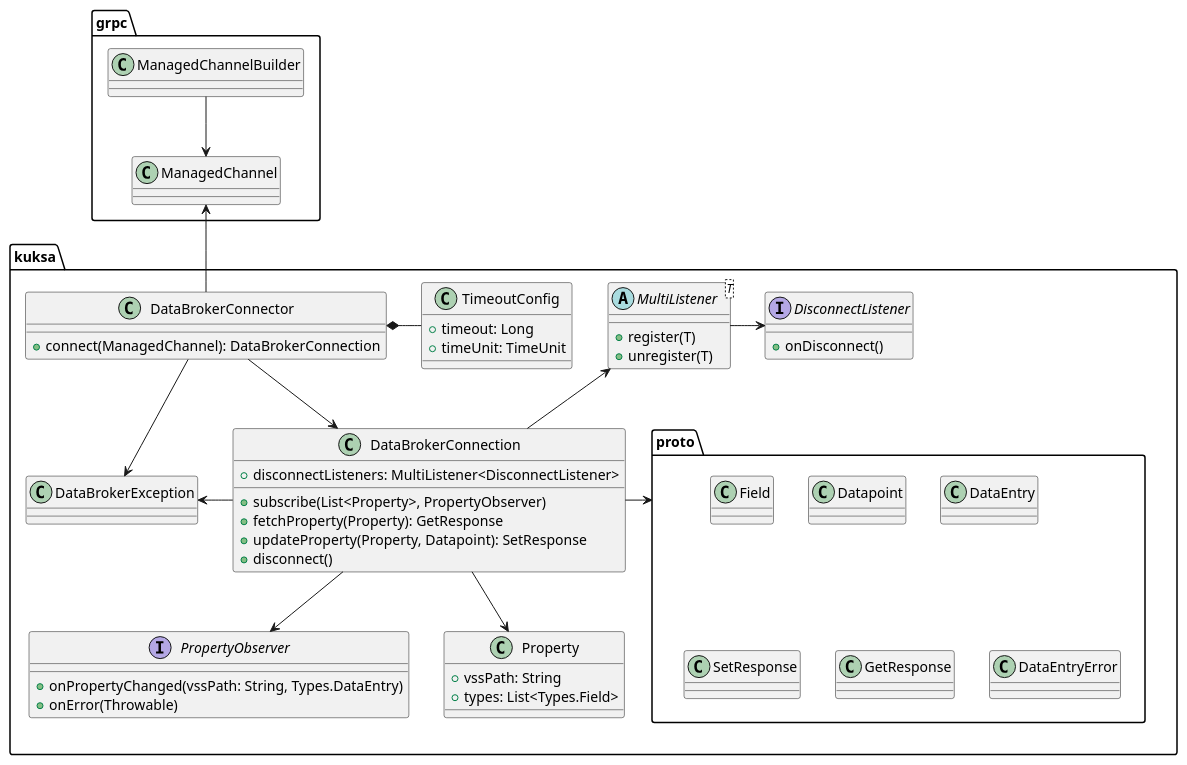
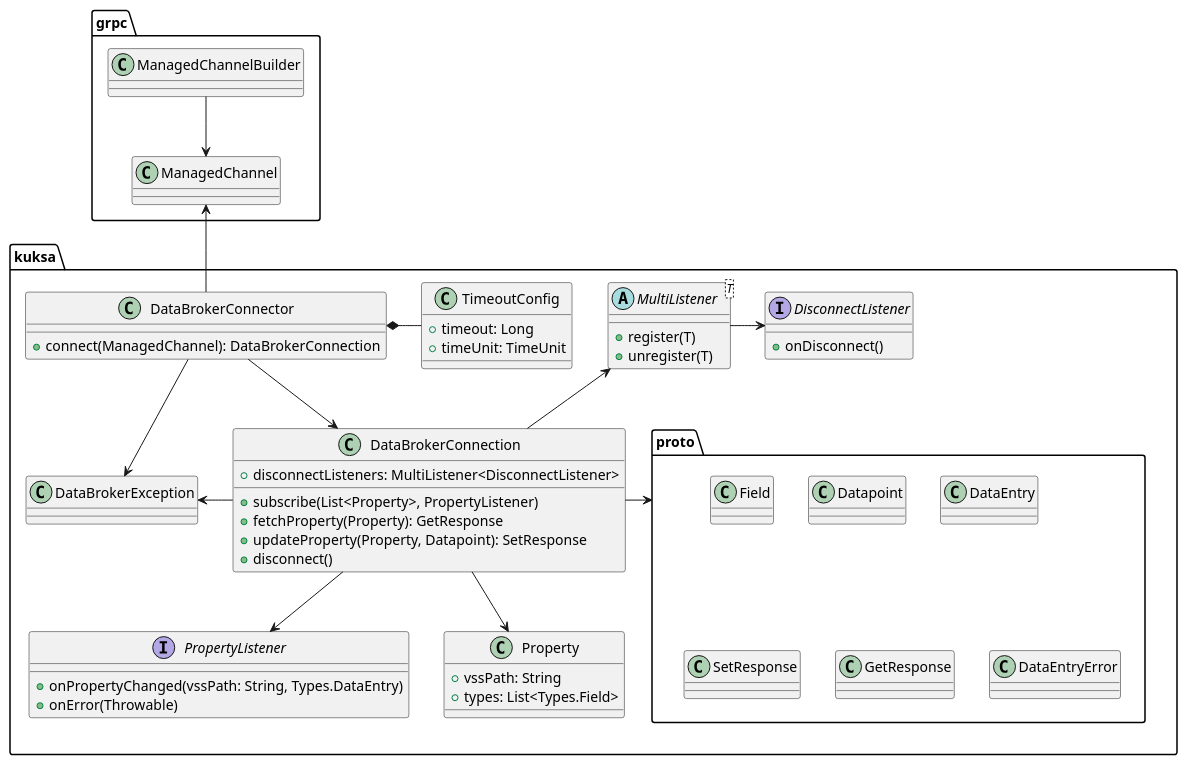
Before and after one commit to eclipse-kuksa/kuksa-android-sdk: the diagram in docs/kuksa-sdk_class-diagram.puml, drawn with PlantUML. The commit also changed 13 other files, not shown here.

Commit message:
chore: Rename *Observer to *Listener

```diff
--- a/docs/kuksa-sdk_class-diagram.puml
+++ b/docs/kuksa-sdk_class-diagram.puml
@@ -1,75 +1,75 @@
 @startuml
 'https://plantuml.com/class-diagram
 
 package grpc {
 
     ManagedChannelBuilder --> ManagedChannel
 
     class ManagedChannel
     class ManagedChannelBuilder
 
 }
 
 package kuksa {
 
     package proto {
         class Field
         class Datapoint
         class DataEntry
         class SetResponse
         class GetResponse
         class DataEntryError
     }
 
     DataBrokerConnector -down-> DataBrokerException
     DataBrokerConnector -down-> DataBrokerConnection
-    DataBrokerConnection -down-> PropertyObserver
+    DataBrokerConnection -down-> PropertyListener
     DataBrokerConnection -down-> Property
     DataBrokerConnection -left-> DataBrokerException
     DataBrokerConnection -up-> MultiListener
     MultiListener -right-> DisconnectListener
     TimeoutConfig -left-* DataBrokerConnector
 
     class DataBrokerConnector {
         + connect(ManagedChannel): DataBrokerConnection
     }
 
     class TimeoutConfig {
         + timeout: Long
         + timeUnit: TimeUnit
     }
 
     class DataBrokerConnection {
         + disconnectListeners: MultiListener<DisconnectListener>
-        + subscribe(List<Property>, PropertyObserver)
+        + subscribe(List<Property>, PropertyListener)
         + fetchProperty(Property): GetResponse
         + updateProperty(Property, Datapoint): SetResponse
         + disconnect()
     }
     
-    interface PropertyObserver {
+    interface PropertyListener {
         + onPropertyChanged(vssPath: String, Types.DataEntry)
         + onError(Throwable)
     }
 
     class Property {
         + vssPath: String
         + types: List<Types.Field>
     }
 
     class DataBrokerException
 
     abstract class MultiListener<T> {
         + register(T)
         + unregister(T)
     }
 
     interface DisconnectListener {
         + onDisconnect()
     }
 }
 
 DataBrokerConnector -up-> ManagedChannel
 DataBrokerConnection -right-> proto
 
 @enduml
```
